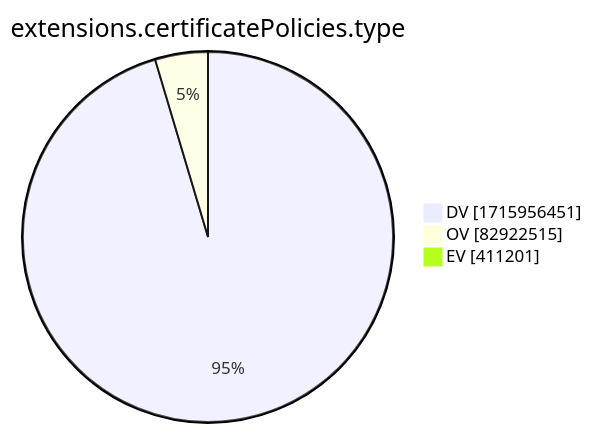
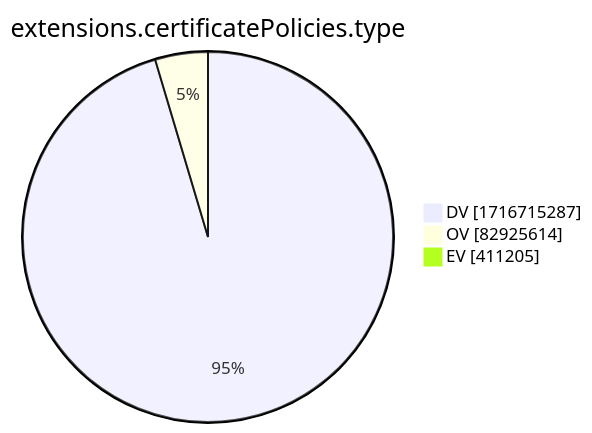
One commit to christiankrug/ctmonitor_visualization changed the tenth of 15 diagrams in xenon2022/README.md. Above: the diagram before and after it, drawn with Mermaid. The commit also changed other lines of this file, not shown here.

````diff
--- a/xenon2022/README.md
+++ b/xenon2022/README.md
@@ -2881,7 +2881,7 @@
 ```mermaid
 pie showData
 title extensions.certificatePolicies.type
-"DV" :1715956451
-"OV" :82922515
-"EV" :411201
+"DV" :1716715287
+"OV" :82925614
+"EV" :411205
 ```
````
